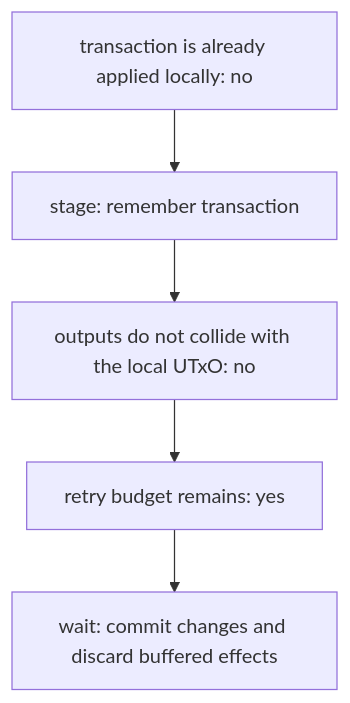
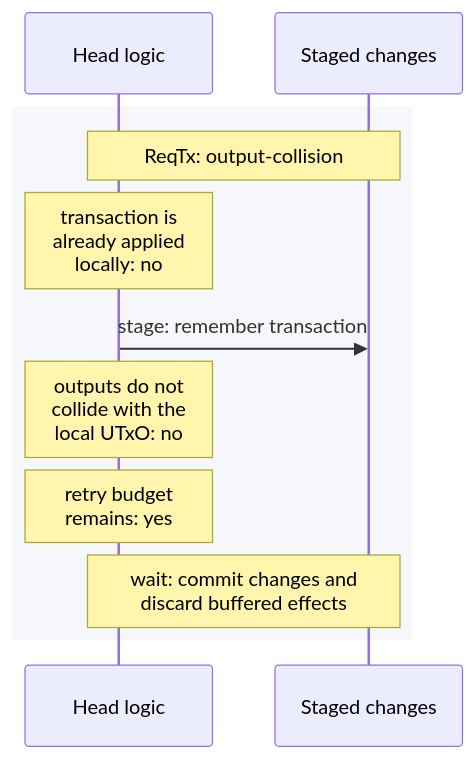
One commit to cardano-scaling/hydra changed the fifth of 6 diagrams in docs/docs/dev/architecture/head-logic-traces/README.md. Above: the diagram before and after it, drawn with Mermaid. The commit also changed other lines of this file and 25 other files, not shown here.

Commit message:
re-org diagrams

````diff
--- a/docs/docs/dev/architecture/head-logic-traces/README.md
+++ b/docs/docs/dev/architecture/head-logic-traces/README.md
@@ -106,12 +108,14 @@
 ```mermaid
-flowchart TD
-  n0["transaction is already applied locally: no"]
-  n1["stage: remember transaction"]
-  n2["outputs do not collide with the local UTxO: no"]
-  n3["retry budget remains: yes"]
-  n4["wait: commit changes and discard buffered effects"]
-  n0 --> n1
-  n1 --> n2
-  n2 --> n3
-  n3 --> n4
+%%{init: {"sequence": {"wrap": true}}}%%
+sequenceDiagram
+  participant logic as Head logic
+  participant changes as Staged changes
+  rect rgb(245, 247, 250)
+    Note over logic,changes: ReqTx: output-collision
+    Note over logic: transaction is already applied locally: no
+    logic->>changes: stage: remember transaction
+    Note over logic: outputs do not collide with the local UTxO: no
+    Note over logic: retry budget remains: yes
+    Note over logic,changes: wait: commit changes and discard buffered effects
+  end
 ```
````
